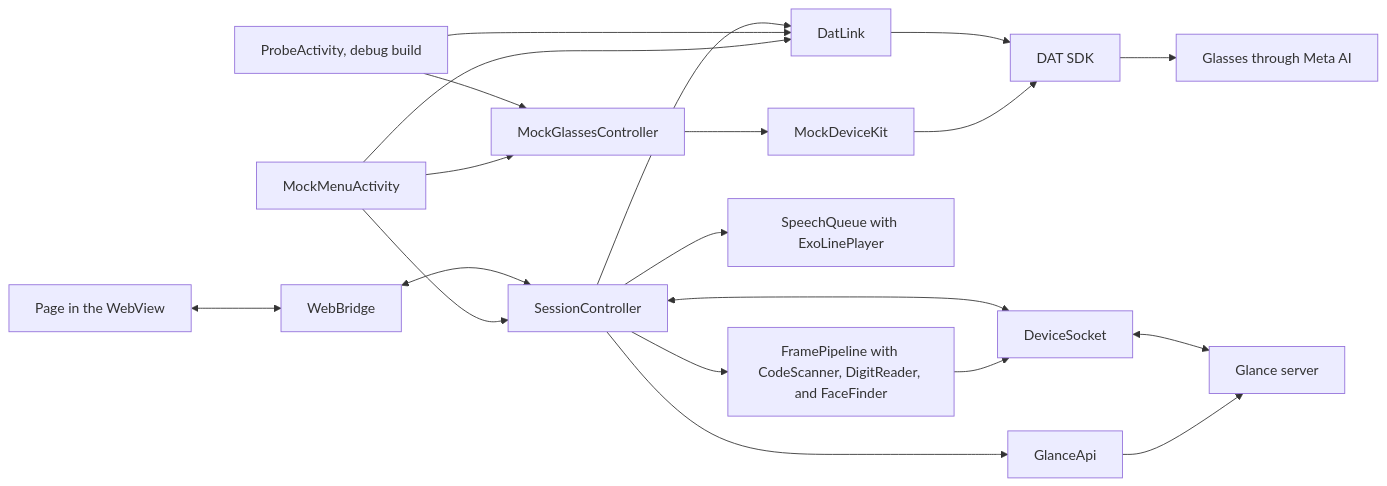
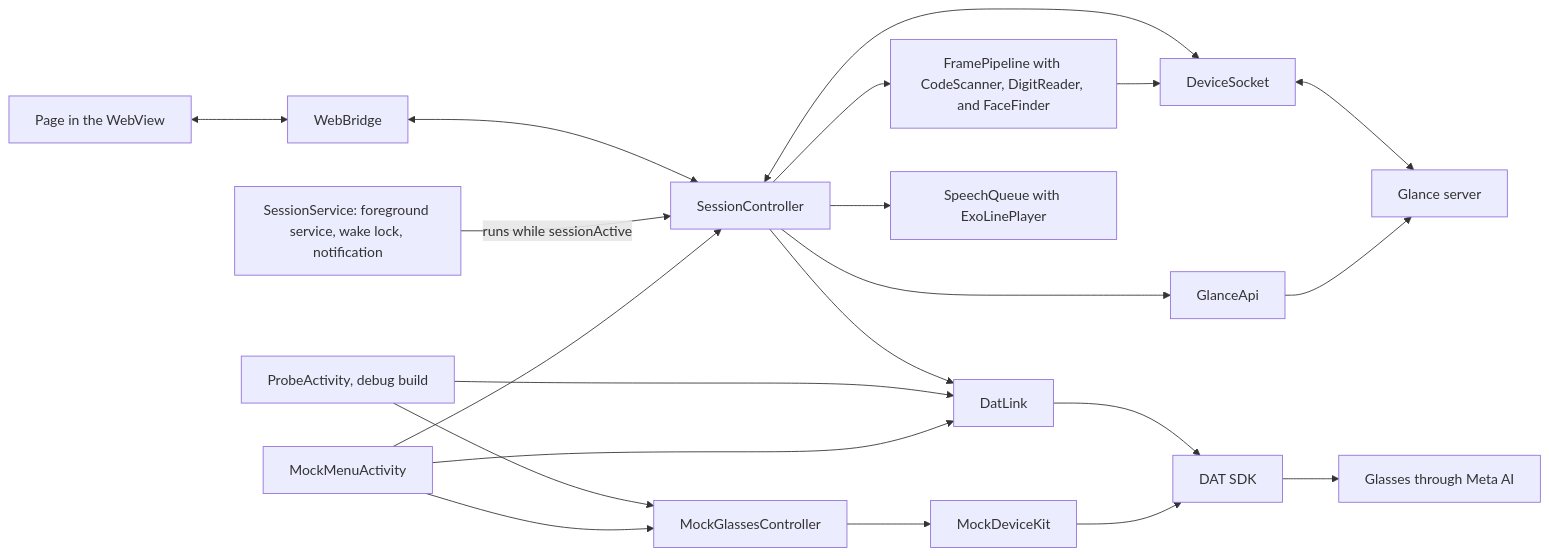
The first of 8 diagrams in apps/mobile/android/README.md (mrBymax/glance), drawn with Mermaid before and after one commit. The commit also changed other lines of this file and 6 other files, not shown here.

````diff
--- a/apps/mobile/android/README.md
+++ b/apps/mobile/android/README.md
@@ -20,22 +20,23 @@
 ```mermaid
 flowchart LR
     Page[Page in the WebView] <--> Bridge[WebBridge]
     Bridge <--> Session[SessionController]
     Session --> Link[DatLink]
     Session --> Pipeline[FramePipeline with CodeScanner, DigitReader, and FaceFinder]
     Session --> Queue[SpeechQueue with ExoLinePlayer]
     Session <--> Socket[DeviceSocket]
+    Service[SessionService: foreground service, wake lock, notification] -- "runs while sessionActive" --> Session
     Session --> Api[GlanceApi]
     Socket <--> Server[Glance server]
     Api --> Server
     Pipeline --> Socket
     Link --> Sdk[DAT SDK]
     Mock[MockGlassesController] --> Kit[MockDeviceKit]
     Kit --> Sdk
     Sdk --> Glasses[Glasses through Meta AI]
     Probe[ProbeActivity, debug build] --> Link
     Probe --> Mock
     Menu[MockMenuActivity] --> Mock
     Menu --> Link
     Menu --> Session
 ```
````
